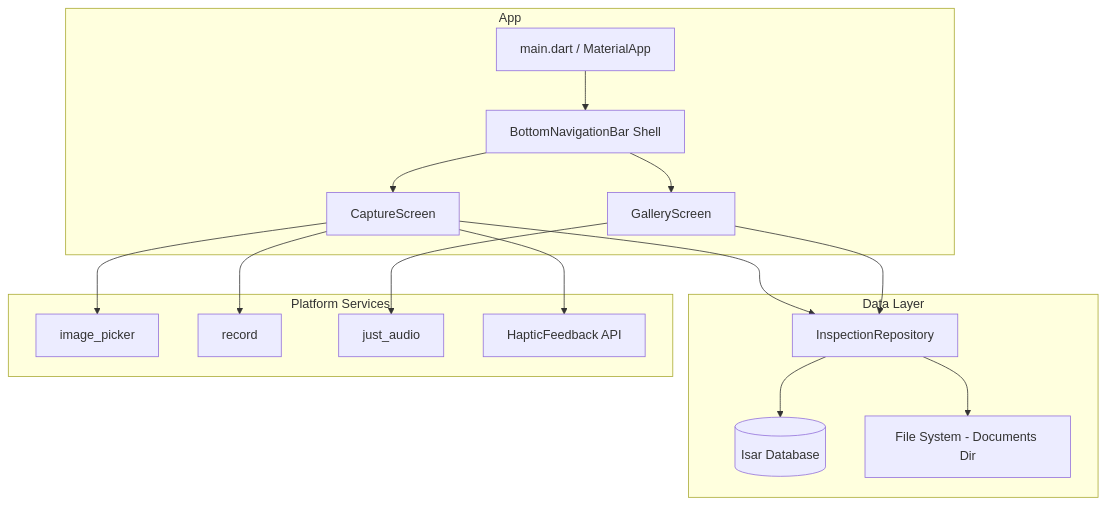
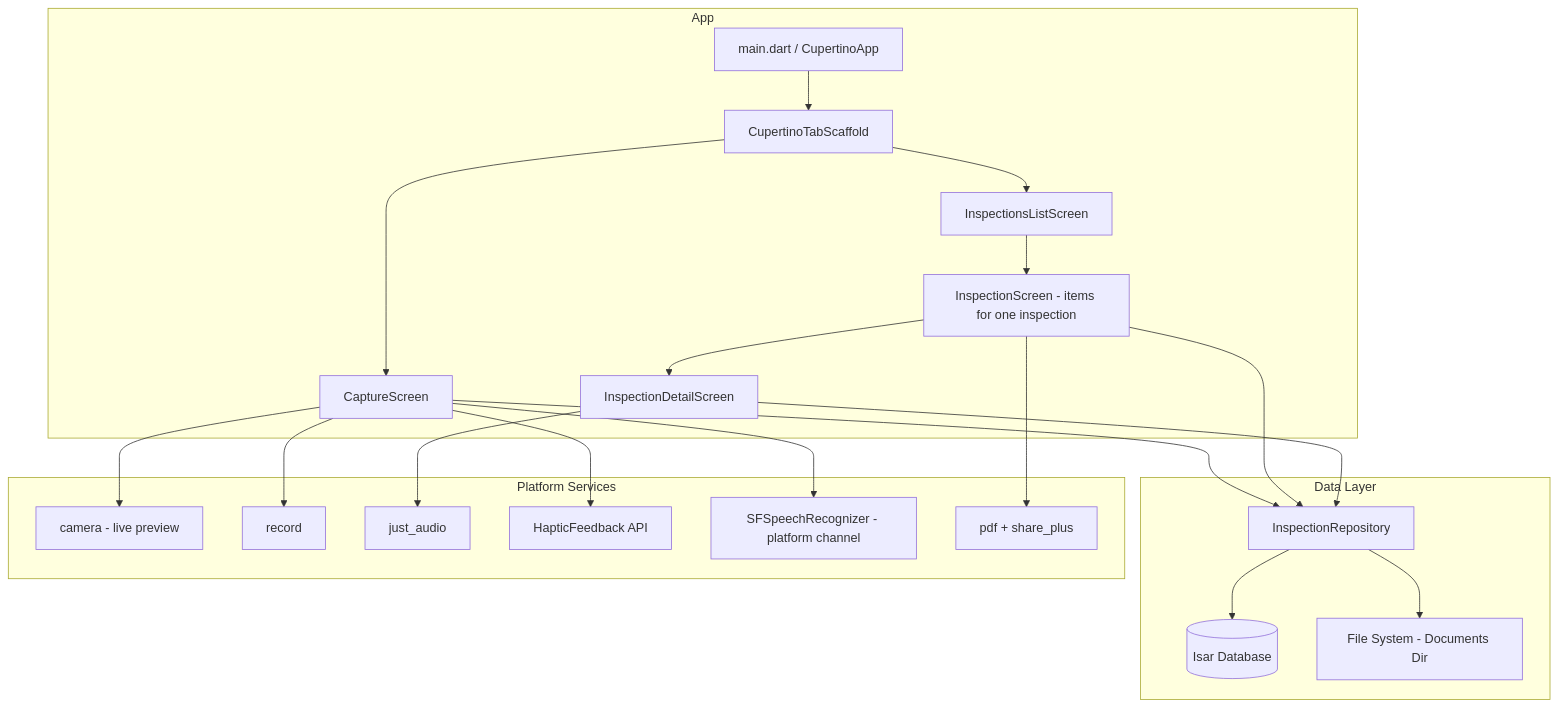
The first of 2 diagrams in .kiro/specs/initial-mvp/design.md (eze1981/osprey_mvp_app), drawn with Mermaid before and after one commit. The commit also changed other lines of this file and 19 other files, not shown here.

First line of the commit message:
feat: Add inspection detail and list screens with audio playback and PDF export functionality

````diff
--- a/.kiro/specs/initial-mvp/design.md
+++ b/.kiro/specs/initial-mvp/design.md
@@ -19,34 +23,43 @@
 ```mermaid
 graph TD
     subgraph App
-        Main[main.dart / MaterialApp]
-        Nav[BottomNavigationBar Shell]
+        Main[main.dart / CupertinoApp]
+        Nav[CupertinoTabScaffold]
         CS[CaptureScreen]
-        GS[GalleryScreen]
+        IL[InspectionsListScreen]
+        IS[InspectionScreen - items for one inspection]
+        DS[InspectionDetailScreen]
     end
 
     subgraph Data Layer
         Repo[InspectionRepository]
         IsarDB[(Isar Database)]
         FS[File System - Documents Dir]
     end
 
     subgraph Platform Services
-        Cam[image_picker]
+        Cam[camera - live preview]
         Rec[record]
         Audio[just_audio]
         Haptic[HapticFeedback API]
+        STT[SFSpeechRecognizer - platform channel]
+        PDF[pdf + share_plus]
     end
 
     Main --> Nav
     Nav --> CS
-    Nav --> GS
+    Nav --> IL
+    IL --> IS
+    IS --> DS
     CS --> Repo
     CS --> Cam
     CS --> Rec
     CS --> Haptic
-    GS --> Repo
-    GS --> Audio
+    CS --> STT
+    IS --> Repo
+    IS --> PDF
+    DS --> Audio
+    DS --> Repo
     Repo --> IsarDB
     Repo --> FS
 ```
````
